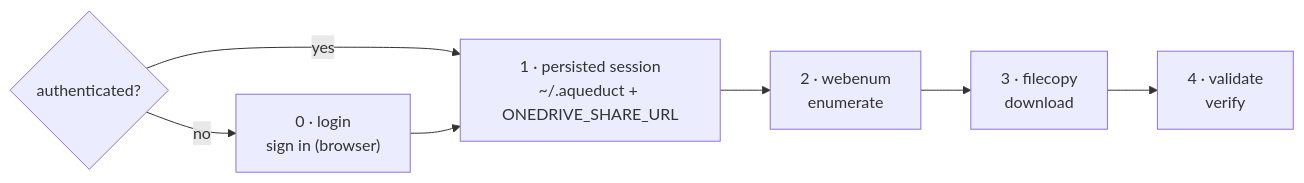
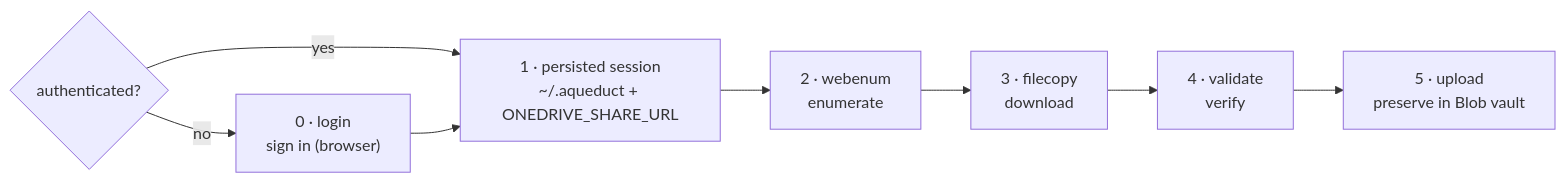
Before and after one commit to njrenaissance/aqueduct: the diagram in README.md, drawn with Mermaid. The commit also changed other lines of this file and 2 other files, not shown here.

Commit message:
docs: add the upload step to the workflow, README and SPEC (Issue #11)

````diff
--- a/README.md
+++ b/README.md
@@ -63,9 +63,10 @@
 ```mermaid
 flowchart LR
     Q{"authenticated?"} -- "no" --> L["0 · login<br/>sign in (browser)"]
     Q -- "yes" --> P["1 · persisted session<br/>~/.aqueduct + ONEDRIVE_SHARE_URL"]
     L --> P
     P --> B["2 · webenum<br/>enumerate"]
     B --> C["3 · filecopy<br/>download"]
     C --> D["4 · validate<br/>verify"]
+    D --> E["5 · upload<br/>preserve in Blob vault"]
 ```
````
